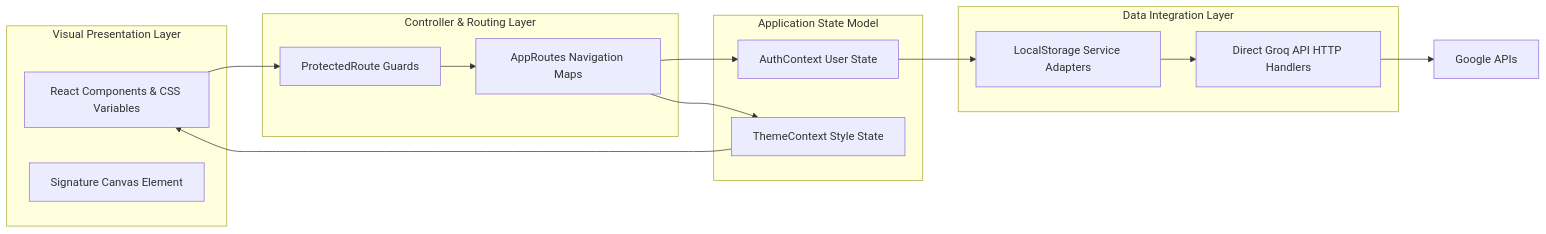
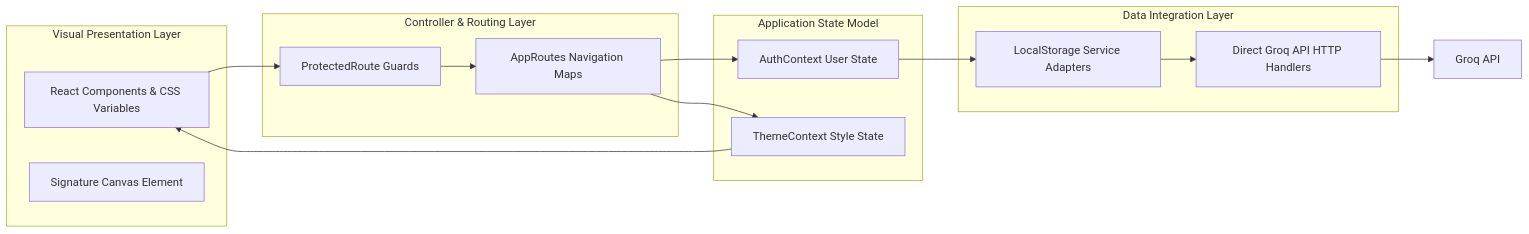
Before and after one commit to silent-knight-22/career-document-hub: the second of 13 diagrams in Frontend-Technical-Design.md, drawn with Mermaid. The commit also changed other lines of this file and 2 other files, not shown here.

````diff
--- a/Frontend-Technical-Design.md
+++ b/Frontend-Technical-Design.md
@@ -117,31 +117,31 @@
 ```mermaid
 graph LR
     subgraph Visual Presentation Layer
         UI[React Components & CSS Variables]
         Canvas[Signature Canvas Element]
     end
     
     subgraph Controller & Routing Layer
         Guard[ProtectedRoute Guards]
         NavMap[AppRoutes Navigation Maps]
     end
     
     subgraph Application State Model
         UserState[AuthContext User State]
         ThemeState[ThemeContext Style State]
     end
     
     subgraph Data Integration Layer
         StorageAPI[LocalStorage Service Adapters]
         NetworkAPI[Direct Groq API HTTP Handlers]
     end
 
     UI --> Guard
     Guard --> NavMap
     NavMap --> UserState
     NavMap --> ThemeState
     UserState --> StorageAPI
     ThemeState --> UI
     StorageAPI --> NetworkAPI
-    NetworkAPI --> GroqAPI[Google APIs]
+    NetworkAPI --> GroqAPI[Groq API]
 ```
````
